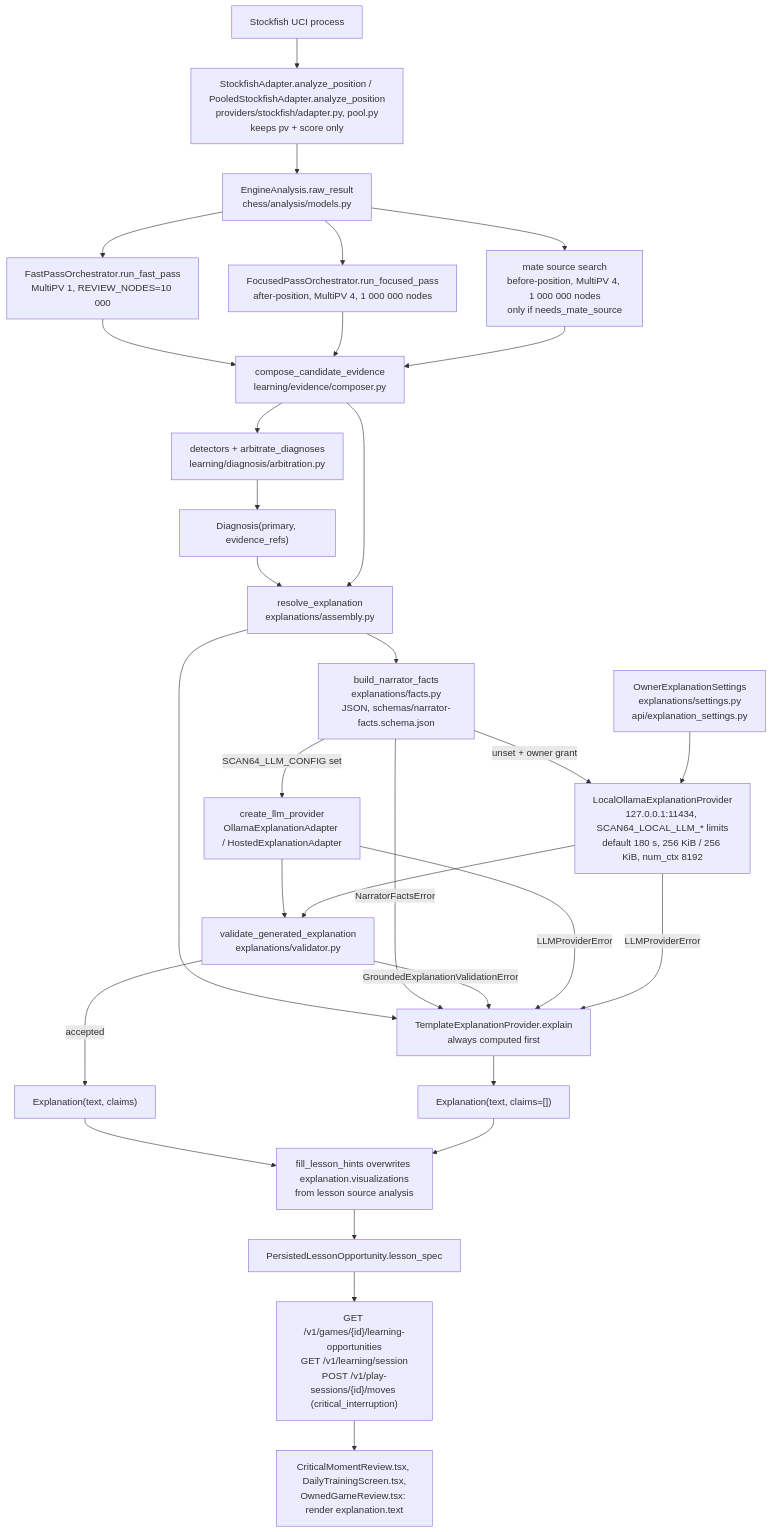
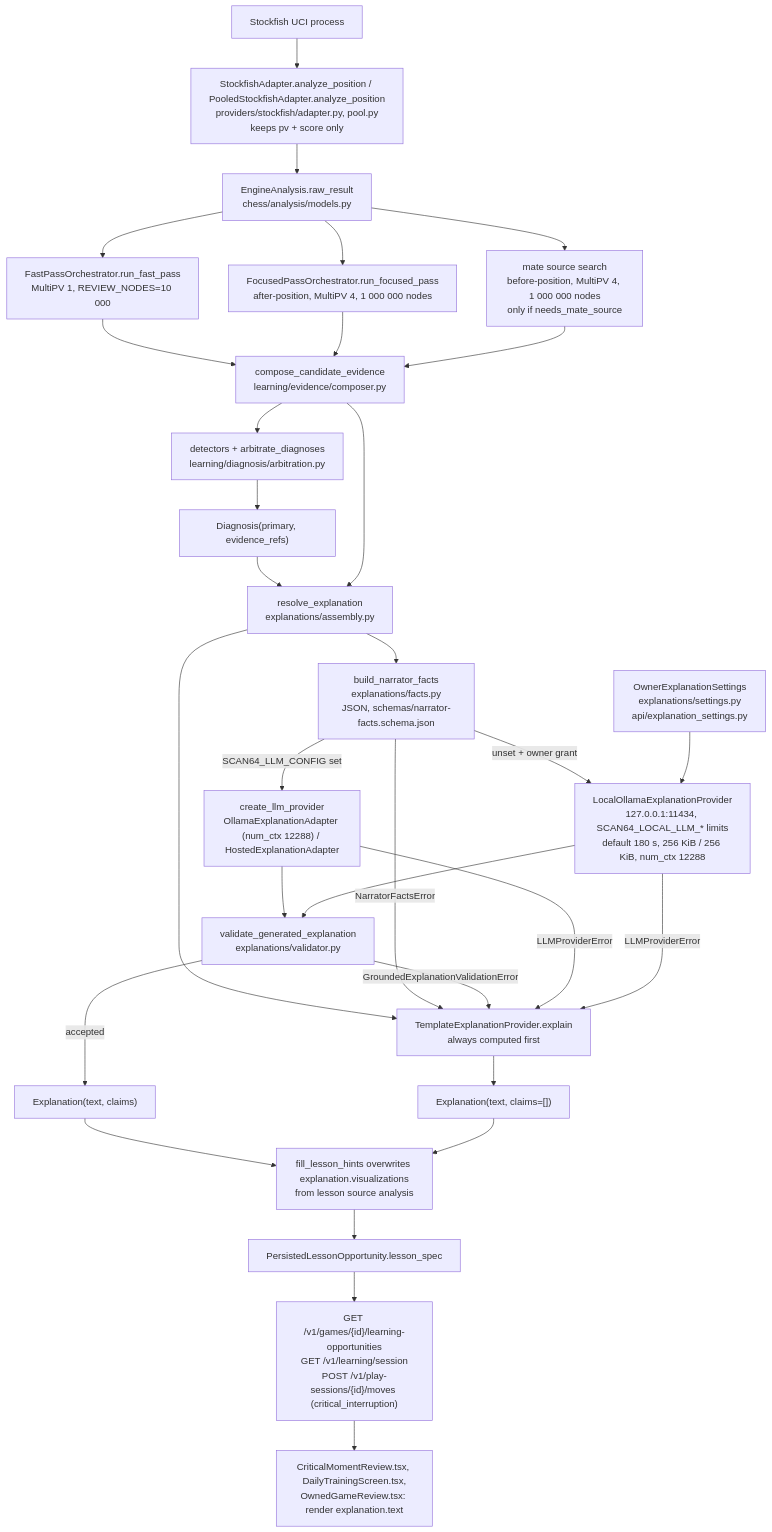
One commit to Mathews-Tom/Scan64 changed the first of 2 diagrams in docs/narrator-pipeline.md. Above: the diagram before and after it, drawn with Mermaid. The commit also changed other lines of this file, not shown here.

First line of the commit message:
docs(narrator): state the 12288 context default, 8192 minimum and 180 s timeout

````diff
--- a/docs/narrator-pipeline.md
+++ b/docs/narrator-pipeline.md
@@ -11,33 +11,33 @@
 ```mermaid
 flowchart TD
     SF["Stockfish UCI process"] --> AD["StockfishAdapter.analyze_position / PooledStockfishAdapter.analyze_position<br/>providers/stockfish/adapter.py, pool.py<br/>keeps pv + score only"]
     AD --> EA["EngineAnalysis.raw_result<br/>chess/analysis/models.py"]
     EA --> FP["FastPassOrchestrator.run_fast_pass<br/>MultiPV 1, REVIEW_NODES=10 000"]
     EA --> FO["FocusedPassOrchestrator.run_focused_pass<br/>after-position, MultiPV 4, 1 000 000 nodes"]
     EA --> MS["mate source search<br/>before-position, MultiPV 4, 1 000 000 nodes<br/>only if needs_mate_source"]
     FP --> CE["compose_candidate_evidence<br/>learning/evidence/composer.py"]
     FO --> CE
     MS --> CE
     CE --> DX["detectors + arbitrate_diagnoses<br/>learning/diagnosis/arbitration.py"]
     DX --> DG["Diagnosis(primary, evidence_refs)"]
     DG --> RE["resolve_explanation<br/>explanations/assembly.py"]
     CE --> RE
     RE --> TP["TemplateExplanationProvider.explain<br/>always computed first"]
     RE --> NF["build_narrator_facts<br/>explanations/facts.py<br/>JSON, schemas/narrator-facts.schema.json"]
     NF -->|"NarratorFactsError"| TP
-    NF -->|"SCAN64_LLM_CONFIG set"| OP["create_llm_provider<br/>OllamaExplanationAdapter / HostedExplanationAdapter"]
-    NF -->|"unset + owner grant"| LO["LocalOllamaExplanationProvider<br/>127.0.0.1:11434, SCAN64_LOCAL_LLM_* limits<br/>default 180 s, 256 KiB / 256 KiB, num_ctx 8192"]
+    NF -->|"SCAN64_LLM_CONFIG set"| OP["create_llm_provider<br/>OllamaExplanationAdapter (num_ctx 12288) / HostedExplanationAdapter"]
+    NF -->|"unset + owner grant"| LO["LocalOllamaExplanationProvider<br/>127.0.0.1:11434, SCAN64_LOCAL_LLM_* limits<br/>default 180 s, 256 KiB / 256 KiB, num_ctx 12288"]
     GR["OwnerExplanationSettings<br/>explanations/settings.py<br/>api/explanation_settings.py"] --> LO
     OP --> VA["validate_generated_explanation<br/>explanations/validator.py"]
     LO --> VA
     VA -->|"accepted"| EX["Explanation(text, claims)"]
     VA -->|"GroundedExplanationValidationError"| TP
     OP -->|"LLMProviderError"| TP
     LO -->|"LLMProviderError"| TP
     TP --> EX2["Explanation(text, claims=[])"]
     EX --> FH["fill_lesson_hints overwrites explanation.visualizations<br/>from lesson source analysis"]
     EX2 --> FH
     FH --> DB["PersistedLessonOpportunity.lesson_spec"]
     DB --> API["GET /v1/games/{id}/learning-opportunities<br/>GET /v1/learning/session<br/>POST /v1/play-sessions/{id}/moves (critical_interruption)"]
     API --> UI["CriticalMomentReview.tsx, DailyTrainingScreen.tsx,<br/>OwnedGameReview.tsx: render explanation.text"]
 ```
````
